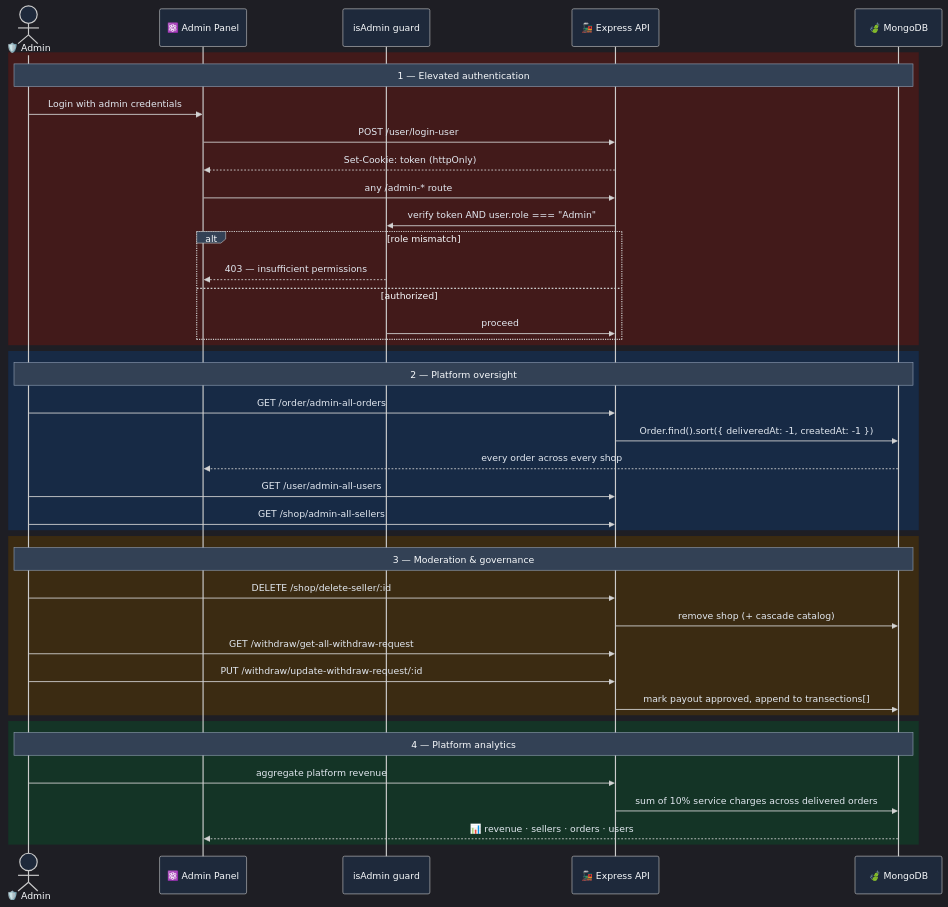
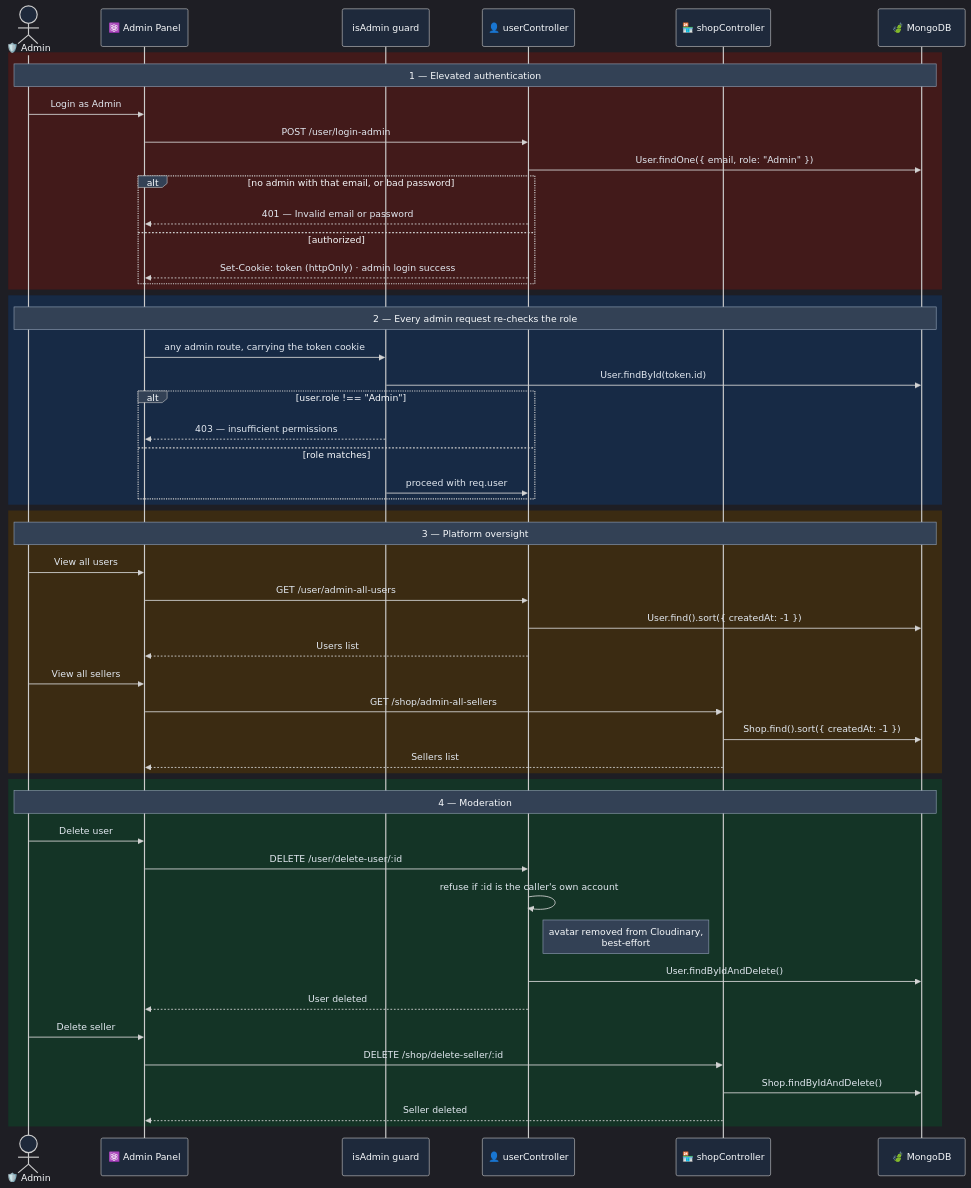
One commit to 5arimNadeem/eShop changed diagram 14 of 16 in README.md. Above: the diagram before and after it, drawn with Mermaid. The commit also changed other lines of this file and 23 other files, not shown here.

````diff
--- a/README.md
+++ b/README.md
@@ -1039,48 +1058,61 @@
 ```mermaid
 %%{init: {'theme':'dark','themeVariables':{'fontSize':'15px','textColor':'#e2e8f0','primaryTextColor':'#f8fafc','lineColor':'#94a3b8','clusterBkg':'#0f172a','clusterBorder':'#475569','noteBkgColor':'#334155','noteTextColor':'#f8fafc','noteBorderColor':'#94a3b8','actorBkg':'#1e293b','actorTextColor':'#f8fafc','signalTextColor':'#e2e8f0','labelBoxBkgColor':'#334155','labelTextColor':'#f8fafc','loopTextColor':'#f8fafc'}}}%%
 sequenceDiagram
     actor A as 🛡️ Admin
     participant F as ⚛️ Admin Panel
     participant G as isAdmin guard
-    participant API as 🚂 Express API
+    participant UC as 👤 userController
+    participant SC as 🏪 shopController
     participant DB as 🍃 MongoDB
 
     rect rgb(66, 26, 26)
     Note over A,DB: 1 — Elevated authentication
-    A->>F: Login with admin credentials
-    F->>API: POST /user/login-user
-    API-->>F: Set-Cookie: token (httpOnly)
-    F->>API: any /admin-* route
-    API->>G: verify token AND user.role === "Admin"
-    alt role mismatch
-        G-->>F: 403 — insufficient permissions
+    A->>F: Login as Admin
+    F->>UC: POST /user/login-admin
+    UC->>DB: User.findOne({ email, role: "Admin" })
+    alt no admin with that email, or bad password
+        UC-->>F: 401 — Invalid email or password
     else authorized
-        G->>API: proceed
+        UC-->>F: Set-Cookie: token (httpOnly) · admin login success
     end
     end
 
     rect rgb(23, 42, 69)
-    Note over A,DB: 2 — Platform oversight
-    A->>API: GET /order/admin-all-orders
-    API->>DB: Order.find().sort({ deliveredAt: -1, createdAt: -1 })
-    DB-->>F: every order across every shop
-    A->>API: GET /user/admin-all-users
-    A->>API: GET /shop/admin-all-sellers
+    Note over A,DB: 2 — Every admin request re-checks the role
+    F->>G: any admin route, carrying the token cookie
+    G->>DB: User.findById(token.id)
+    alt user.role !== "Admin"
+        G-->>F: 403 — insufficient permissions
+    else role matches
+        G->>UC: proceed with req.user
+    end
     end
 
     rect rgb(59, 43, 18)
-    Note over A,DB: 3 — Moderation & governance
-    A->>API: DELETE /shop/delete-seller/:id
-    API->>DB: remove shop (+ cascade catalog)
-    A->>API: GET /withdraw/get-all-withdraw-request
-    A->>API: PUT /withdraw/update-withdraw-request/:id
-    API->>DB: mark payout approved, append to transections[]
+    Note over A,DB: 3 — Platform oversight
+    A->>F: View all users
+    F->>UC: GET /user/admin-all-users
+    UC->>DB: User.find().sort({ createdAt: -1 })
+    UC-->>F: Users list
+
+    A->>F: View all sellers
+    F->>SC: GET /shop/admin-all-sellers
+    SC->>DB: Shop.find().sort({ createdAt: -1 })
+    SC-->>F: Sellers list
     end
 
     rect rgb(20, 52, 38)
-    Note over A,DB: 4 — Platform analytics
-    A->>API: aggregate platform revenue
-    API->>DB: sum of 10% service charges across delivered orders
-    DB-->>F: 📊 revenue · sellers · orders · users
+    Note over A,DB: 4 — Moderation
+    A->>F: Delete user
+    F->>UC: DELETE /user/delete-user/:id
+    UC->>UC: refuse if :id is the caller's own account
+    Note right of UC: avatar removed from Cloudinary,<br/>best-effort
+    UC->>DB: User.findByIdAndDelete()
+    UC-->>F: User deleted
+
+    A->>F: Delete seller
+    F->>SC: DELETE /shop/delete-seller/:id
+    SC->>DB: Shop.findByIdAndDelete()
+    SC-->>F: Seller deleted
     end
 ```
````
